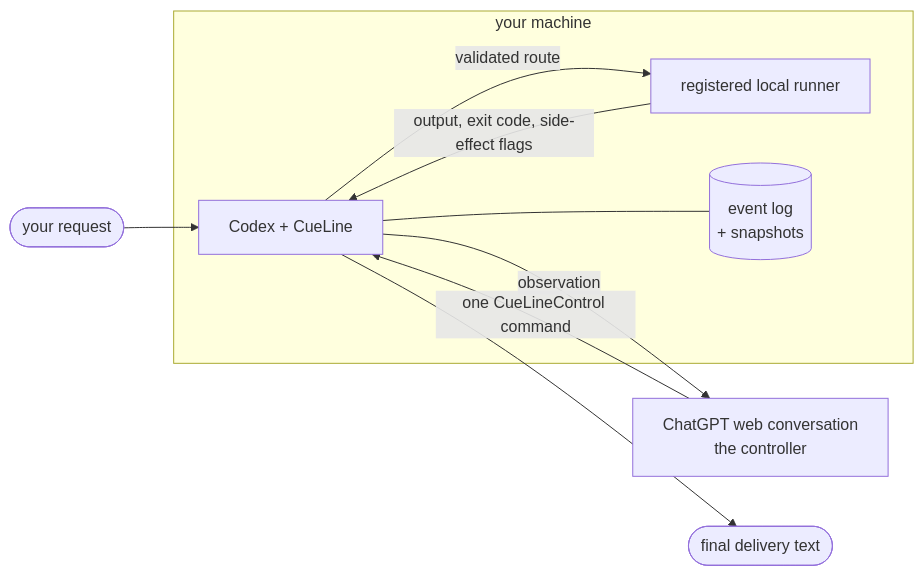
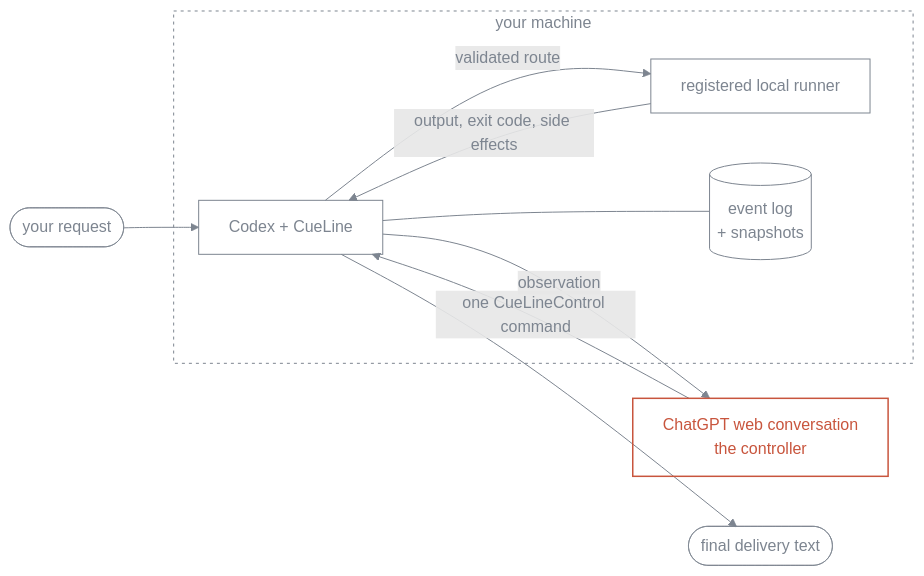
The diagram in README.md (Seraphim0916/cueline), drawn with Mermaid before and after one commit. The commit also changed 4 other files, not shown here.

Commit message:
design: tighten wordmark spacing, match GitHub canvas, restyle the flow diagram

````diff
--- a/README.md
+++ b/README.md
@@ -16,19 +16,25 @@
 ```mermaid
 flowchart LR
     You([your request]) --> Codex
+    Codex -- observation --> Pro
+    Pro -- one CueLineControl command --> Codex
+    Codex -- validated route --> Runner
+    Runner -- output, exit code, side effects --> Codex
+    Codex --- State
+    Codex --> Answer([final delivery text])
 
     subgraph local [your machine]
         Codex[Codex + CueLine]
         Runner[registered local runner]
         State[(event log<br/>+ snapshots)]
     end
 
-    Codex -- observation --> Pro
-    Pro -- one CueLineControl command --> Codex
-    Codex -- validated route --> Runner
-    Runner -- output, exit code, side-effect flags --> Codex
-    Codex --- State
-    Codex --> Answer([final delivery text])
+    Pro[ChatGPT web conversation<br/>the controller]
 
-    Pro[ChatGPT web conversation<br/>the controller]
+    classDef node fill:none,stroke:#7D8590,stroke-width:1px,color:#7D8590
+    classDef cue fill:none,stroke:#C8553D,stroke-width:1.5px,color:#C8553D
+    class You,Codex,Runner,State,Answer node
+    class Pro cue
+    style local fill:none,stroke:#7D8590,stroke-width:1px,stroke-dasharray:3 4,color:#7D8590
+    linkStyle default stroke:#7D8590,color:#7D8590
 ```
````
